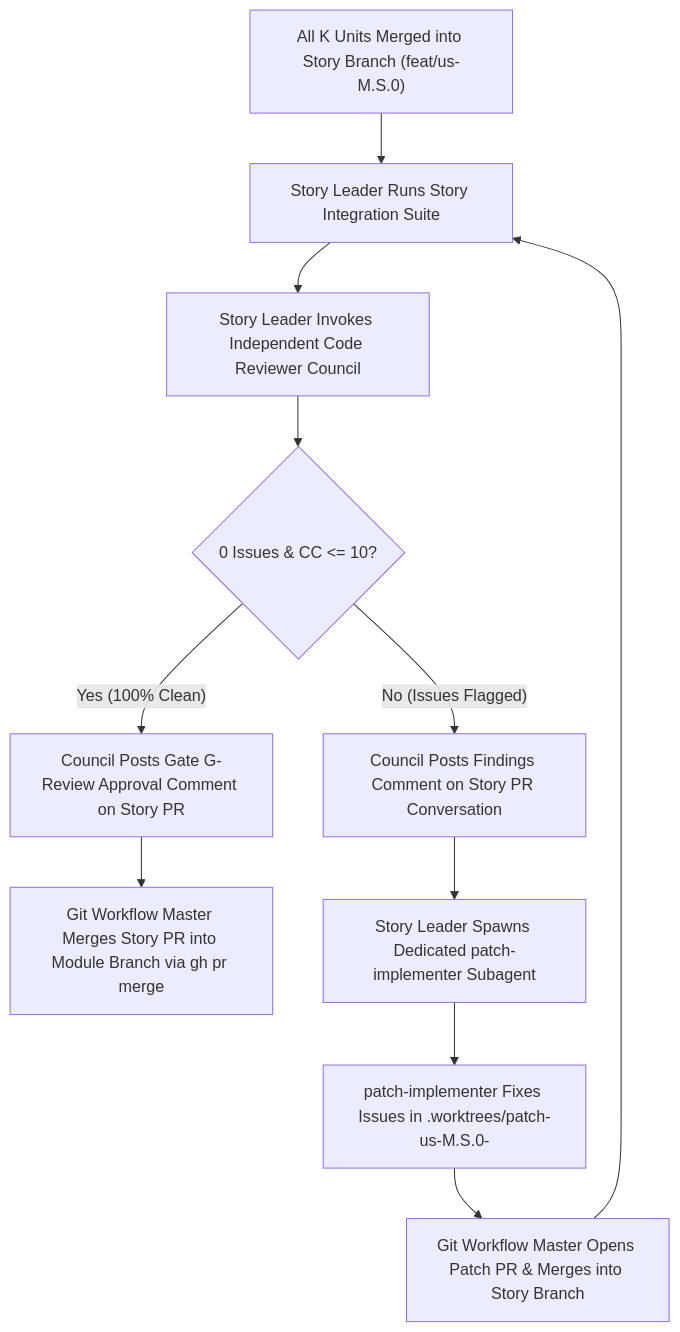
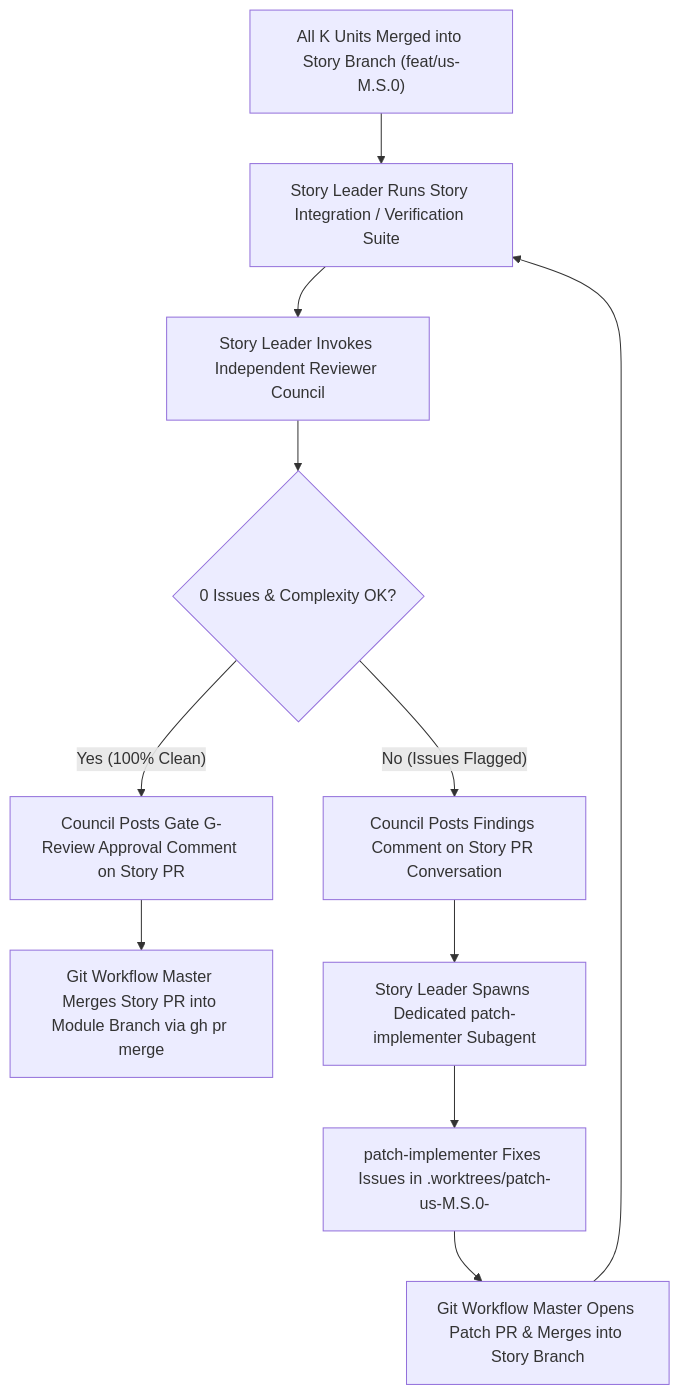
One commit to some-of-cs/divide-and-conquer-dev-plugin changed the diagram in rules/references/04-multi-council-review-and-patch-loop.md. Above: the diagram before and after it, drawn with Mermaid. The commit also changed other lines of this file and 27 other files, not shown here.

````diff
--- a/rules/references/04-multi-council-review-and-patch-loop.md
+++ b/rules/references/04-multi-council-review-and-patch-loop.md
@@ -15,13 +15,13 @@
 ```mermaid
 flowchart TD
-    A["All K Units Merged into Story Branch (feat/us-M.S.0)"] --> B["Story Leader Runs Story Integration Suite"]
-    B --> C["Story Leader Invokes Independent Code Reviewer Council"]
-    C --> D{"0 Issues & CC <= 10?"}
+    A["All K Units Merged into Story Branch (feat/us-M.S.0)"] --> B["Story Leader Runs Story Integration / Verification Suite"]
+    B --> C["Story Leader Invokes Independent Reviewer Council"]
+    C --> D{"0 Issues & Complexity OK?"}
     D -- "Yes (100% Clean)" --> E["Council Posts Gate G-Review Approval Comment on Story PR"]
     E --> F["Git Workflow Master Merges Story PR into Module Branch via gh pr merge"]
     D -- "No (Issues Flagged)" --> G["Council Posts Findings Comment on Story PR Conversation"]
     G --> H["Story Leader Spawns Dedicated patch-implementer Subagent"]
     H --> I["patch-implementer Fixes Issues in .worktrees/patch-us-M.S.0-<scope>"]
     I --> J["Git Workflow Master Opens Patch PR & Merges into Story Branch"]
     J --> B
 ```
````
